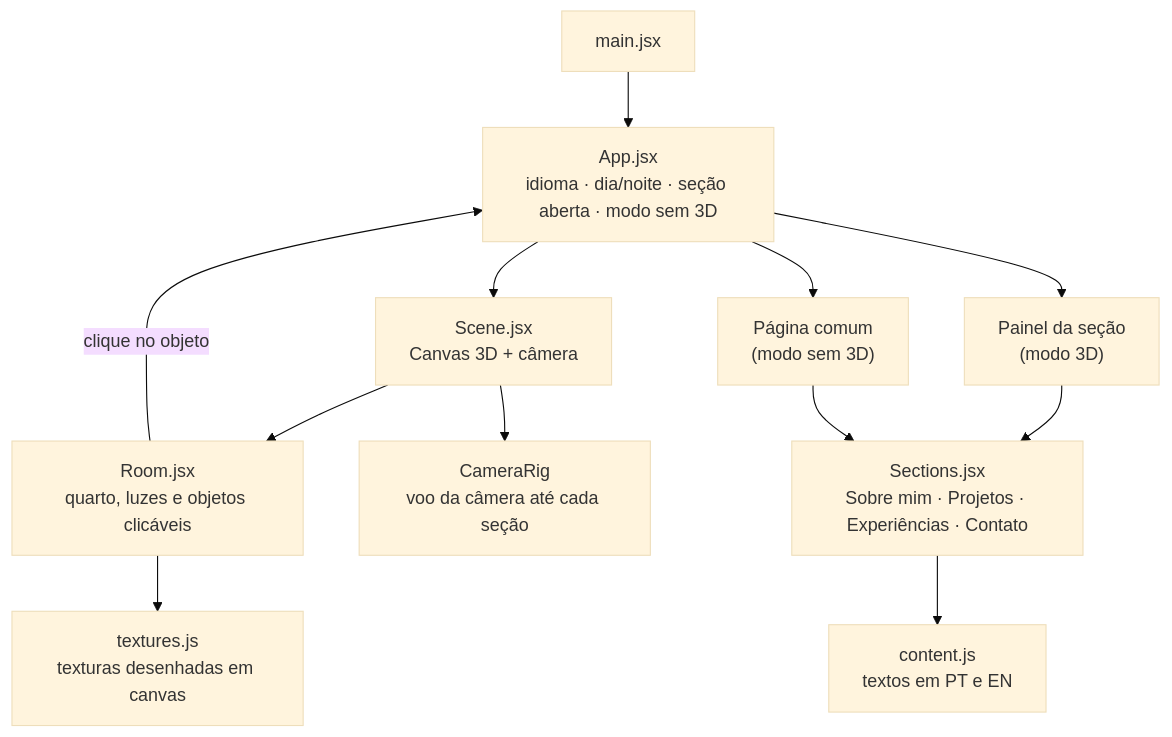
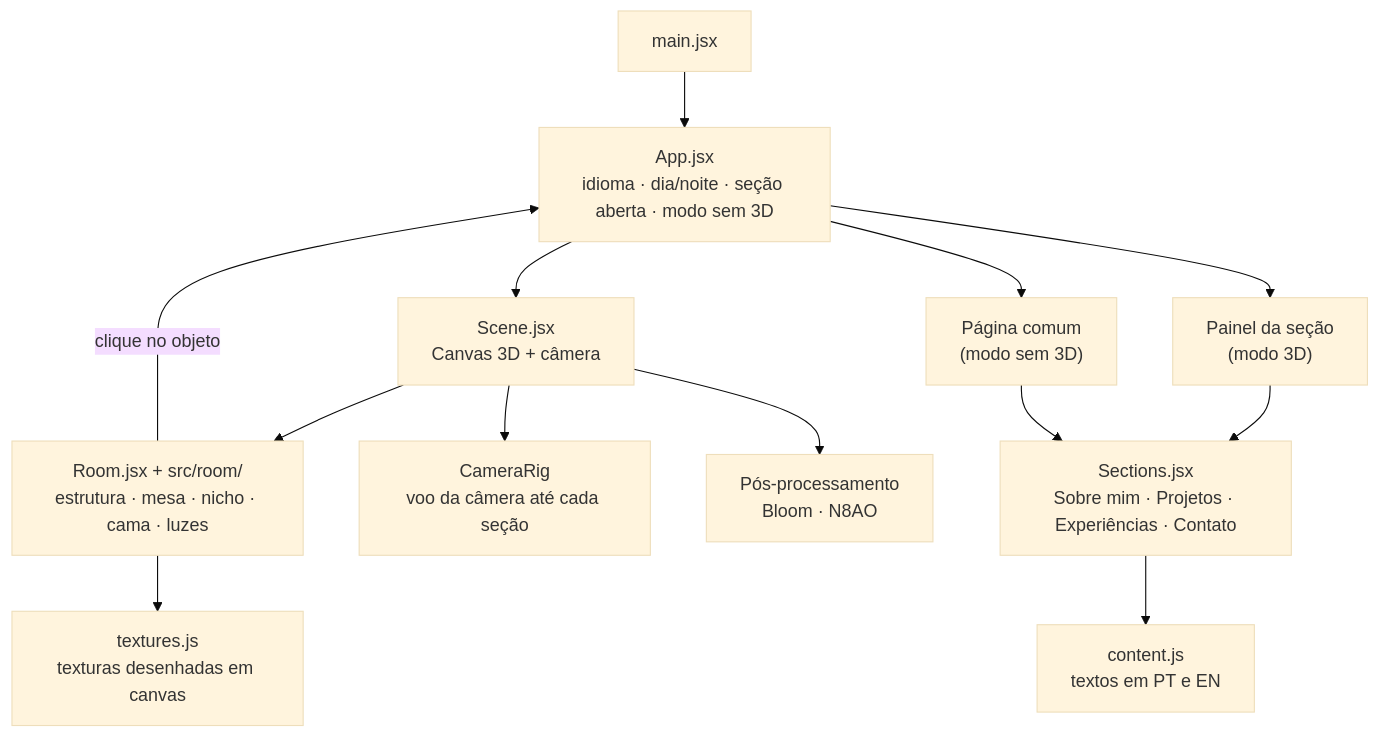
Before and after one commit to Danielolv14/portfolio-3d: the diagram in README.md, drawn with Mermaid (base theme). The commit also changed other lines of this file and 49 other files, not shown here.

````diff
--- a/README.md
+++ b/README.md
@@ -129,14 +133,15 @@
 ```mermaid
 flowchart TD
     main["main.jsx"] --> app["App.jsx<br/>idioma · dia/noite · seção aberta · modo sem 3D"]
     app --> scene["Scene.jsx<br/>Canvas 3D + câmera"]
     app --> panel["Painel da seção<br/>(modo 3D)"]
     app --> flat["Página comum<br/>(modo sem 3D)"]
-    scene --> room["Room.jsx<br/>quarto, luzes e objetos clicáveis"]
+    scene --> room["Room.jsx + src/room/<br/>estrutura · mesa · nicho · cama · luzes"]
     scene --> rig["CameraRig<br/>voo da câmera até cada seção"]
+    scene --> fx["Pós-processamento<br/>Bloom · N8AO"]
     room --> tex["textures.js<br/>texturas desenhadas em canvas"]
     panel --> sections["Sections.jsx<br/>Sobre mim · Projetos · Experiências · Contato"]
     flat --> sections
     sections --> content["content.js<br/>textos em PT e EN"]
     room -- "clique no objeto" --> app
 ```
````
